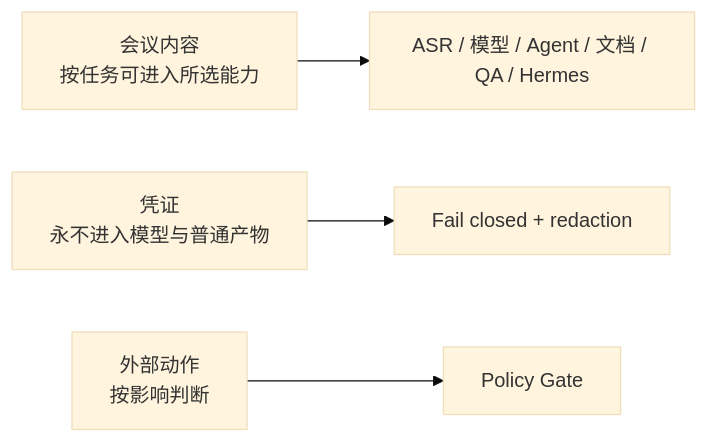
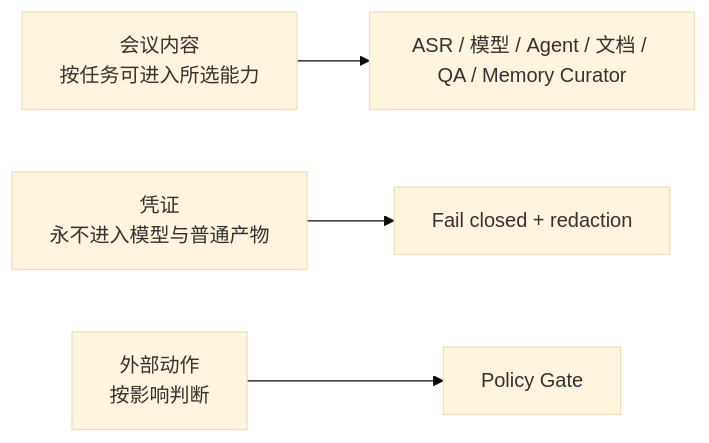
Before and after one commit to DESONGs/assignment-agent: the diagram in wiki/05-feishu-rokid-permissions.md, drawn with Mermaid (base theme). The commit also changed other lines of this file and 53 other files, not shown here.

Commit message:
feat: replace Hermes with evidence-backed meeting memory

````diff
--- a/wiki/05-feishu-rokid-permissions.md
+++ b/wiki/05-feishu-rokid-permissions.md
@@ -9,6 +9,6 @@
 ```mermaid
 flowchart LR
-    Content["会议内容\n按任务可进入所选能力"] --> Work["ASR / 模型 / Agent / 文档 / QA / Hermes"]
+    Content["会议内容\n按任务可进入所选能力"] --> Work["ASR / 模型 / Agent / 文档 / QA / Memory Curator"]
     Secrets["凭证\n永不进入模型与普通产物"] --> Block["Fail closed + redaction"]
     Actions["外部动作\n按影响判断"] --> Gate["Policy Gate"]
 ```
````
